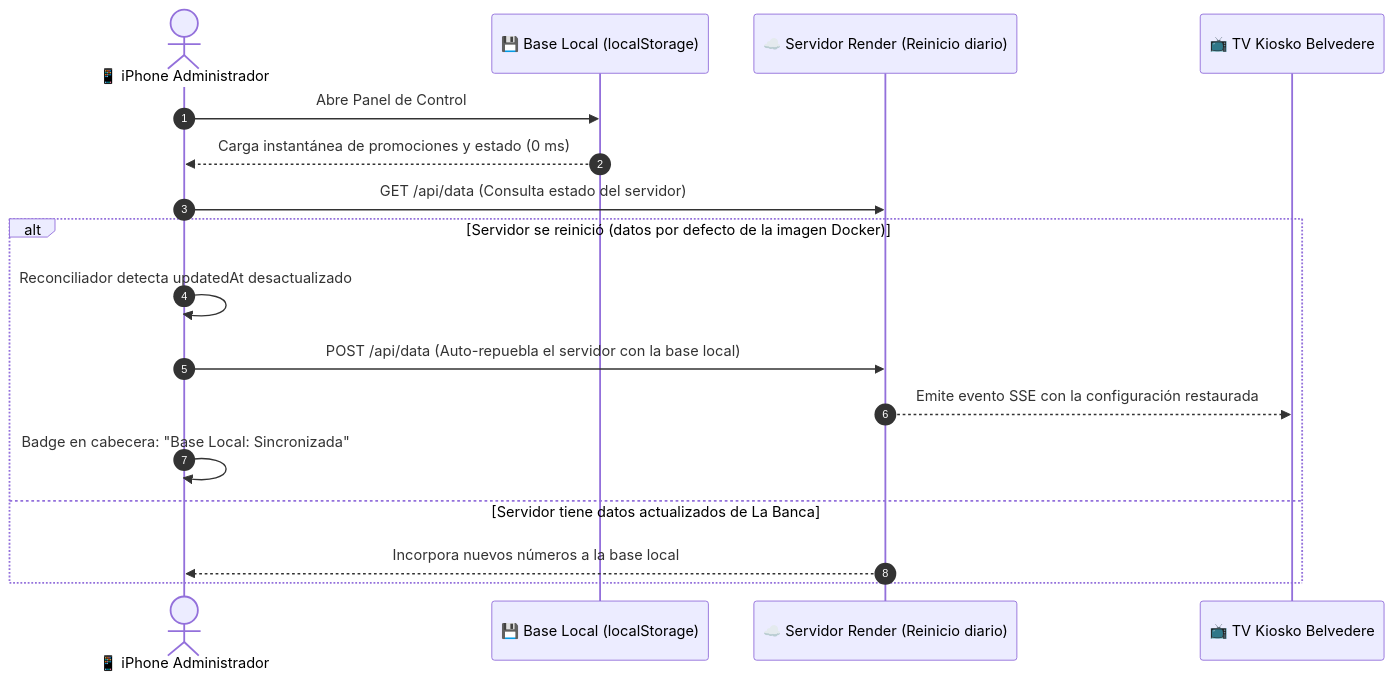
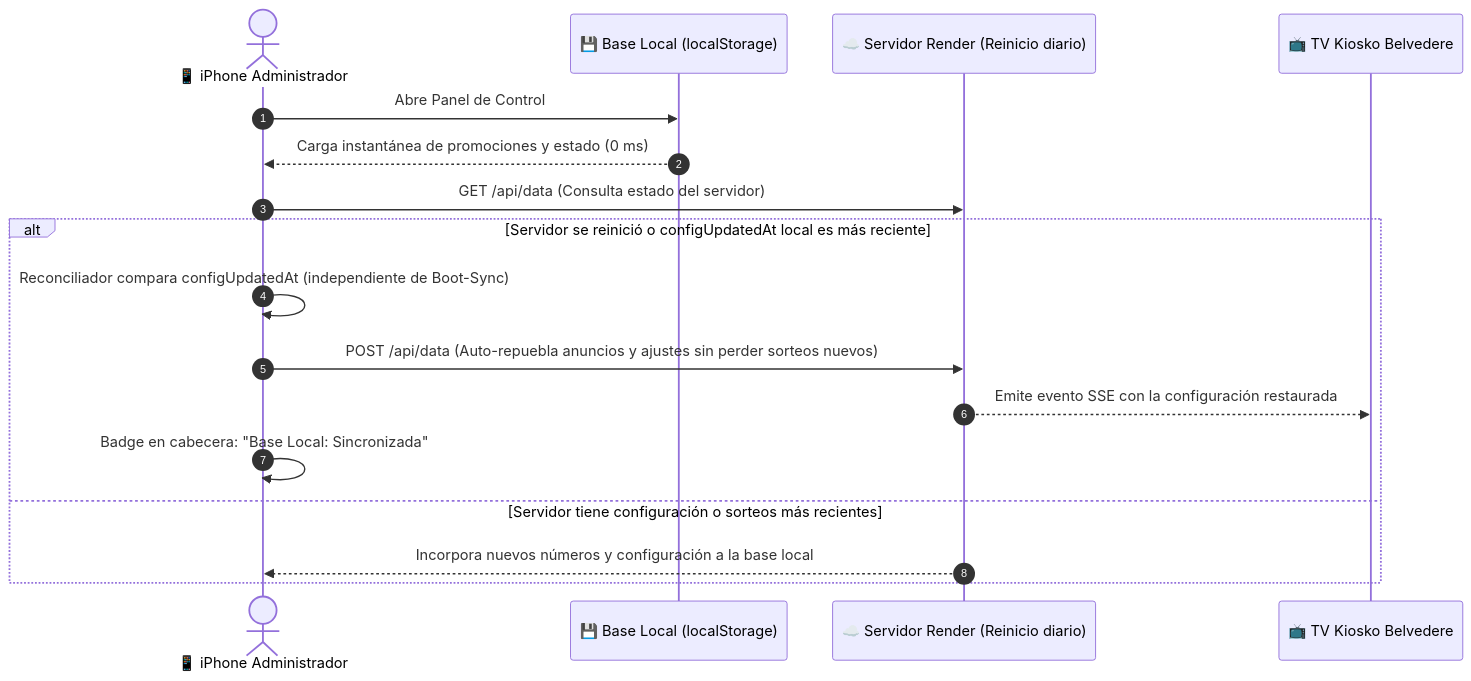
The second of 4 diagrams in README.md (jamatrain/remote-board), drawn with Mermaid before and after one commit. The commit also changed other lines of this file and 2 other files, not shown here.

Commit message:
feat: agregar persistencia remota en Upstash Redis

````diff
--- a/README.md
+++ b/README.md
@@ -68,20 +68,20 @@
 ```mermaid
 sequenceDiagram
     autonumber
     actor Juan as 📱 iPhone Administrador
     participant LocalDB as 💾 Base Local (localStorage)
     participant Cloud as ☁️ Servidor Render (Reinicio diario)
     participant TV as 📺 TV Kiosko Belvedere
 
     Juan->>LocalDB: Abre Panel de Control
     LocalDB-->>Juan: Carga instantánea de promociones y estado (0 ms)
     Juan->>Cloud: GET /api/data (Consulta estado del servidor)
-    alt Servidor se reinició (datos por defecto de la imagen Docker)
-        Juan->>Juan: Reconciliador detecta updatedAt desactualizado
-        Juan->>Cloud: POST /api/data (Auto-repuebla el servidor con la base local)
+    alt Servidor se reinició o configUpdatedAt local es más reciente
+        Juan->>Juan: Reconciliador compara configUpdatedAt (independiente de Boot-Sync)
+        Juan->>Cloud: POST /api/data (Auto-repuebla anuncios y ajustes sin perder sorteos nuevos)
         Cloud-->>TV: Emite evento SSE con la configuración restaurada
         Juan->>Juan: Badge en cabecera: "Base Local: Sincronizada"
-    else Servidor tiene datos actualizados de La Banca
-        Cloud-->>Juan: Incorpora nuevos números a la base local
+    else Servidor tiene configuración o sorteos más recientes
+        Cloud-->>Juan: Incorpora nuevos números y configuración a la base local
     end
 ```
````
